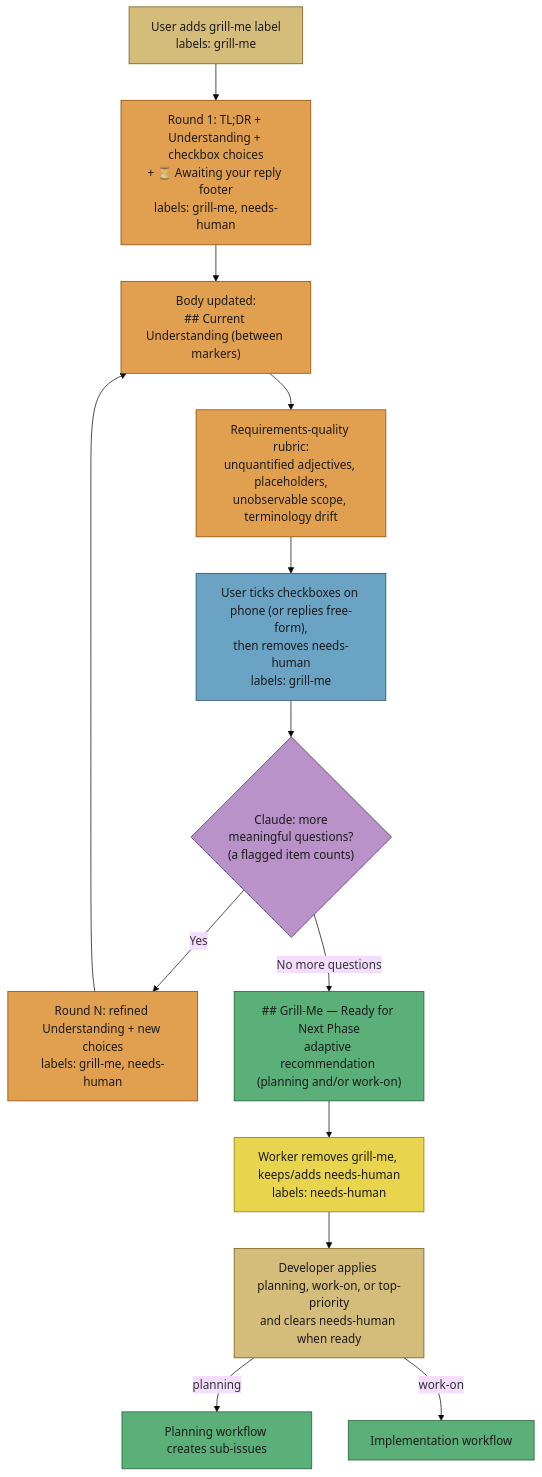
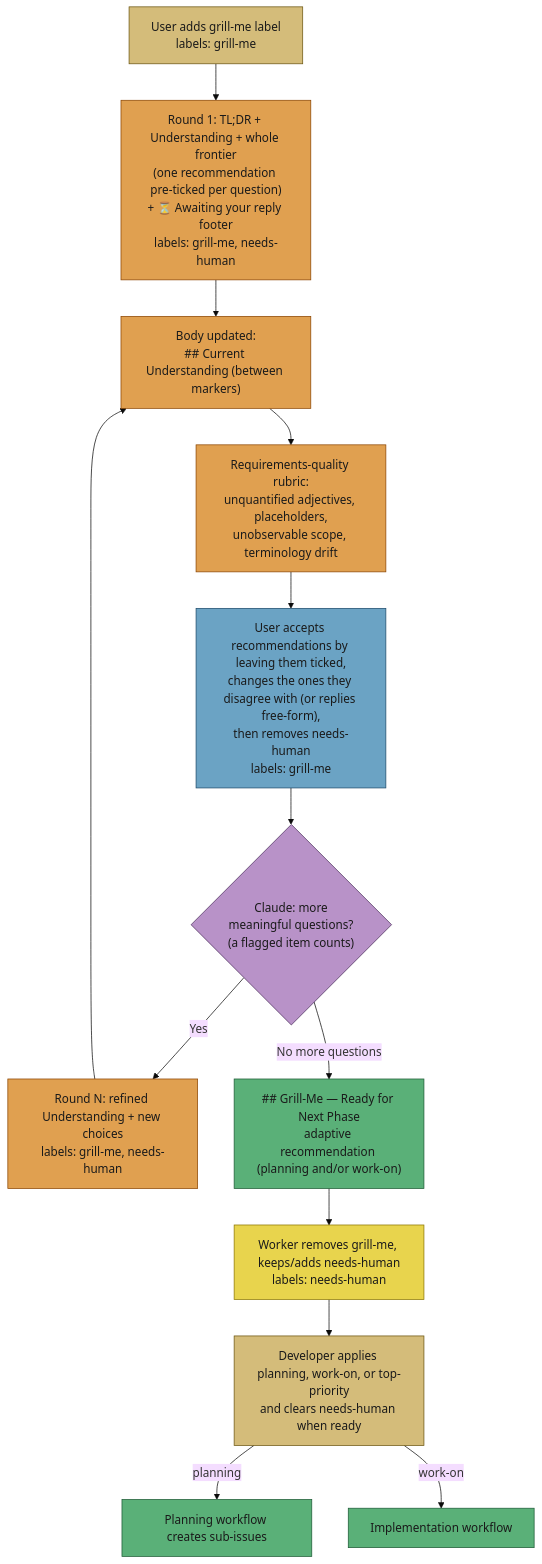
Before and after one commit to stSoftwareAU/VibeCoder: the first of 3 diagrams in docs/workflows/grill-me.md, drawn with Mermaid (base theme). The commit also changed other lines of this file and 3 other files, not shown here.

First line of the commit message:
grill-me v14: ask the whole frontier, recommend an answer, never ask for a fact (Issue #658)

````diff
--- a/docs/workflows/grill-me.md
+++ b/docs/workflows/grill-me.md
@@ -70,39 +73,39 @@
 ```mermaid
 flowchart TD
   Label["User adds grill-me label<br/>labels: grill-me"]
-  R1["Round 1: TL;DR + Understanding + checkbox choices<br/>+ ⏳ Awaiting your reply footer<br/>labels: grill-me, needs-human"]
+  R1["Round 1: TL;DR + Understanding + whole frontier<br/>(one recommendation pre-ticked per question)<br/>+ ⏳ Awaiting your reply footer<br/>labels: grill-me, needs-human"]
   Body["Body updated:<br/>## Current Understanding (between markers)"]
   Rubric["Requirements-quality rubric:<br/>unquantified adjectives, placeholders,<br/>unobservable scope, terminology drift"]
-  Reply["User ticks checkboxes on phone (or replies free-form),<br/>then removes needs-human<br/>labels: grill-me"]
+  Reply["User accepts recommendations by leaving them ticked,<br/>changes the ones they disagree with (or replies free-form),<br/>then removes needs-human<br/>labels: grill-me"]
   Done{"Claude: more<br/>meaningful questions?<br/>(a flagged item counts)"}
   RN["Round N: refined Understanding + new choices<br/>labels: grill-me, needs-human"]
   Final["## Grill-Me — Ready for Next Phase<br/>adaptive recommendation (planning and/or work-on)"]
   Rm["Worker removes grill-me, keeps/adds needs-human<br/>labels: needs-human"]
   Dev["Developer applies planning, work-on, or top-priority<br/>and clears needs-human when ready"]
   Plan["Planning workflow creates sub-issues"]
   Work["Implementation workflow"]
   Label --> R1
   R1 --> Body
   Body --> Rubric
   Rubric --> Reply
   Reply --> Done
   Done -->|Yes| RN
   RN --> Body
   Done -->|No more questions| Final
   Final --> Rm
   Rm --> Dev
   Dev -->|planning| Plan
   Dev -->|work-on| Work
   style Label fill:#d4bc7a,stroke:#6b5510,color:#1a1a1a
   style R1 fill:#e0a050,stroke:#8b4500,color:#1a1a1a
   style Body fill:#e0a050,stroke:#8b4500,color:#1a1a1a
   style Rubric fill:#e0a050,stroke:#8b4500,color:#1a1a1a
   style Reply fill:#6ba3c4,stroke:#1d4a6a,color:#1a1a1a
   style Done fill:#b892c8,stroke:#4a2d5a,color:#1a1a1a
   style RN fill:#e0a050,stroke:#8b4500,color:#1a1a1a
   style Final fill:#5ab078,stroke:#1d5a35,color:#1a1a1a
   style Rm fill:#e8d44d,stroke:#8b7500,color:#1a1a1a
   style Dev fill:#d4bc7a,stroke:#6b5510,color:#1a1a1a
   style Plan fill:#5ab078,stroke:#1d5a35,color:#1a1a1a
   style Work fill:#5ab078,stroke:#1d5a35,color:#1a1a1a
 ```
````
